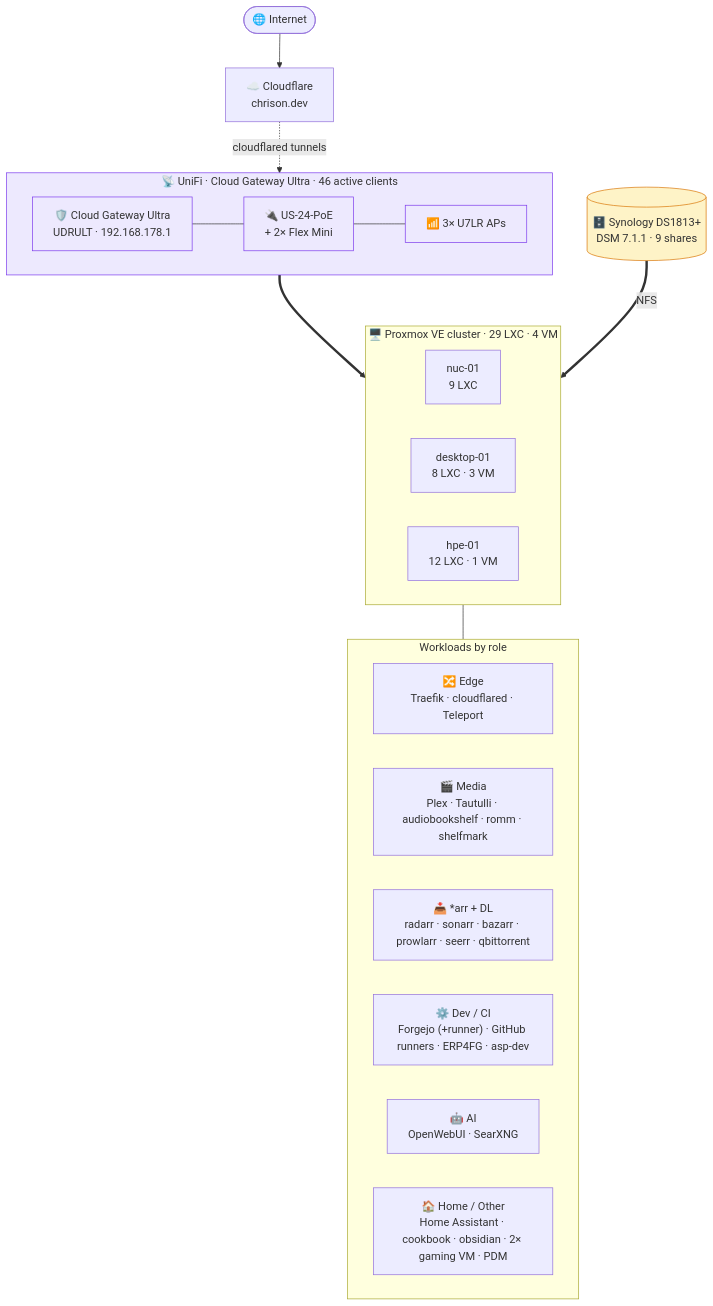
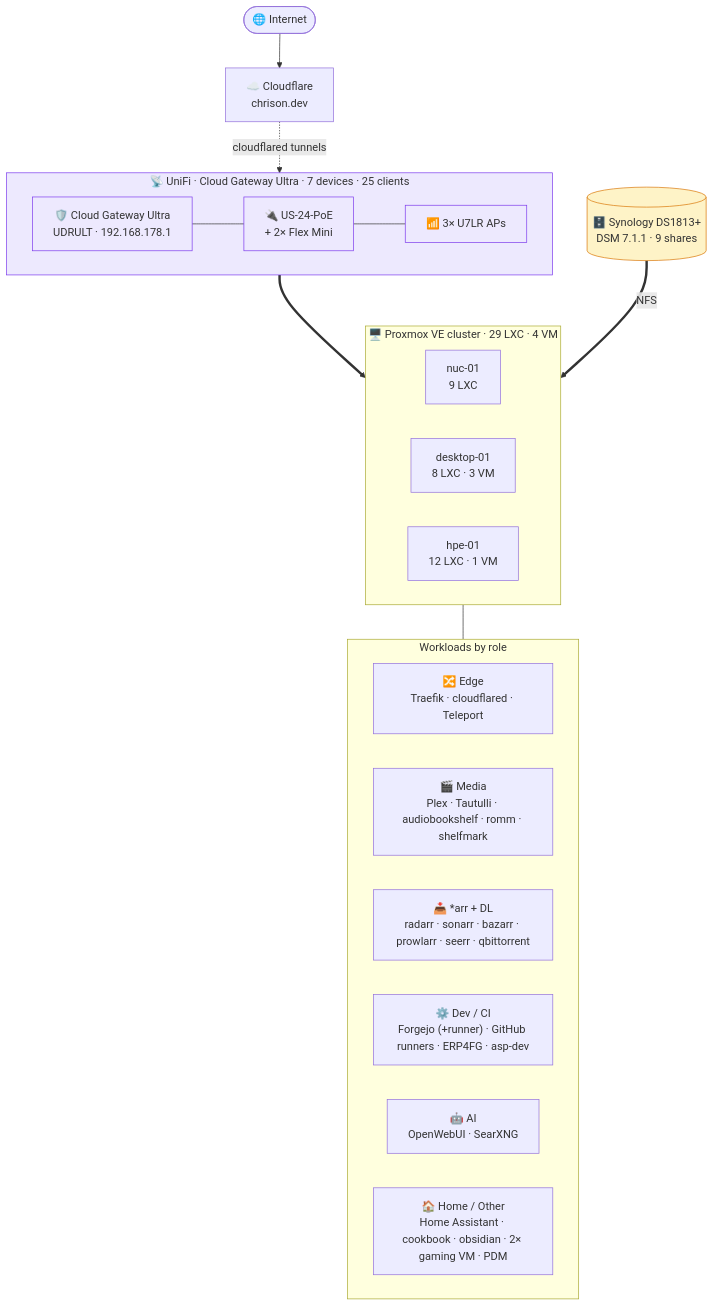
One commit to Chrison-Homelab/Homelab changed the diagram in README.md. Above: the diagram before and after it, drawn with Mermaid. The commit also changed other lines of this file and 1 other file, not shown here.

First line of the commit message:
docs: UnifiSharp live discover — snapshot now 100% our own clients

````diff
--- a/README.md
+++ b/README.md
@@ -23,37 +23,37 @@
 ```mermaid
 graph TB
   Internet([🌐 Internet]) --> CF["☁️ Cloudflare<br/>chrison.dev"]
 
-  subgraph NET["📡 UniFi · Cloud Gateway Ultra · 46 active clients"]
+  subgraph NET["📡 UniFi · Cloud Gateway Ultra · 7 devices · 25 clients"]
     direction LR
     GW["🛡️ Cloud Gateway Ultra<br/>UDRULT · 192.168.178.1"] --- SW["🔌 US-24-PoE<br/>+ 2× Flex Mini"] --- AP["📶 3× U7LR APs"]
   end
   CF -. cloudflared tunnels .-> NET
 
   subgraph PVE["🖥️ Proxmox VE cluster · 29 LXC · 4 VM"]
     direction LR
     NUC["nuc-01<br/>9 LXC"]
     DESK["desktop-01<br/>8 LXC · 3 VM"]
     HPE["hpe-01<br/>12 LXC · 1 VM"]
   end
   NET ==> PVE
 
   subgraph WL["Workloads by role"]
     direction LR
     EDGE["🔀 Edge<br/>Traefik · cloudflared · Teleport"]
     MEDIA["🎬 Media<br/>Plex · Tautulli · audiobookshelf · romm · shelfmark"]
     ARR["📥 *arr + DL<br/>radarr · sonarr · bazarr · prowlarr · seerr · qbittorrent"]
     DEV["⚙️ Dev / CI<br/>Forgejo (+runner) · GitHub runners · ERP4FG · asp-dev"]
     AI["🤖 AI<br/>OpenWebUI · SearXNG"]
     HOME["🏠 Home / Other<br/>Home Assistant · cookbook · obsidian · 2× gaming VM · PDM"]
   end
   PVE --- WL
 
   NAS[("🗄️ Synology DS1813+<br/>DSM 7.1.1 · 9 shares")]
   NAS == NFS ==> PVE
 
   classDef store fill:#fef3c7,stroke:#d97706;
   classDef edge fill:#ede9fe,stroke:#7c3aed;
   class NAS store;
   class NET,GW,SW,AP edge;
 ```
````
